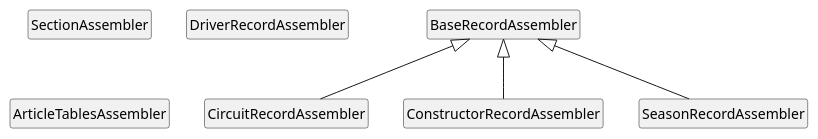
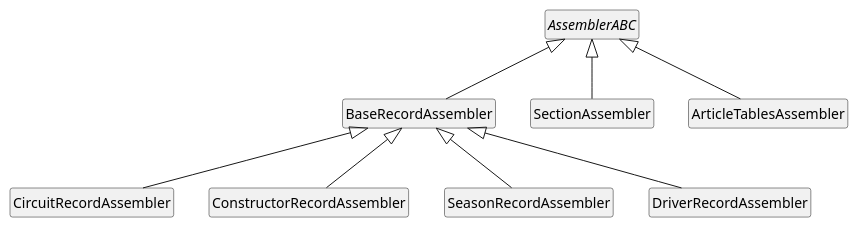
One commit to bgembalczyk/F1 changed the diagram in docs/uml/inheritance/assemblers.puml. Above: the diagram before and after it, drawn with PlantUML. The commit also changed 6 other files, not shown here.

First line of the commit message:
Add AssemblerABC and update assembler inheritance hierarchy

```diff
--- a/docs/uml/inheritance/assemblers.puml
+++ b/docs/uml/inheritance/assemblers.puml
@@ -1,21 +1,28 @@
 @startuml
 
 hide circle
 hide empty members
 
+
+abstract class AssemblerABC
 
 class BaseRecordAssembler
 class CircuitRecordAssembler
 class ConstructorRecordAssembler
 class SeasonRecordAssembler
 
 class SectionAssembler
 class DriverRecordAssembler
 class ArticleTablesAssembler
 
 
+AssemblerABC <|-- BaseRecordAssembler
+AssemblerABC <|-- SectionAssembler
+AssemblerABC <|-- ArticleTablesAssembler
+
 BaseRecordAssembler <|-- CircuitRecordAssembler
 BaseRecordAssembler <|-- ConstructorRecordAssembler
 BaseRecordAssembler <|-- SeasonRecordAssembler
+BaseRecordAssembler <|-- DriverRecordAssembler
 
 @enduml
```
